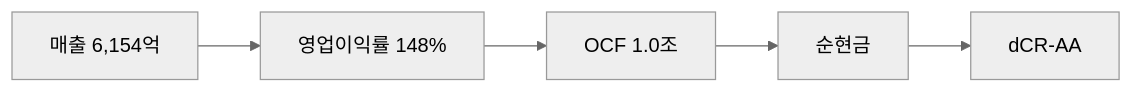
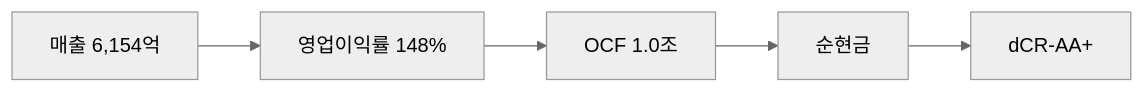
Before and after one commit to eddmpython/dartlab: the diagram in blog/04-credit-reports/04-003550-lg/index.md, drawn with Mermaid (neutral theme). The commit also changed other lines of this file and 22 other files, not shown here.

````diff
--- a/blog/04-credit-reports/04-003550-lg/index.md
+++ b/blog/04-credit-reports/04-003550-lg/index.md
@@ -88,7 +93,7 @@
 ```mermaid
 graph LR
     A[매출 6,154억] --> B[영업이익률 148%]
     B --> C[OCF 1.0조]
     C --> D[순현금]
-    D --> E[dCR-AA]
+    D --> E[dCR-AA+]
 ```
````
